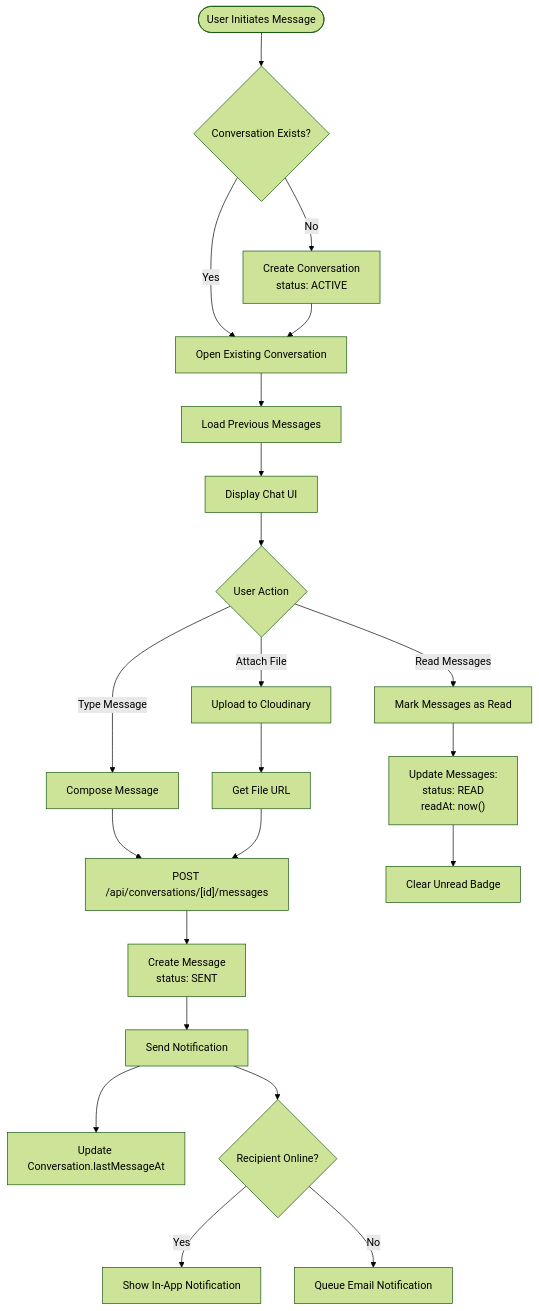
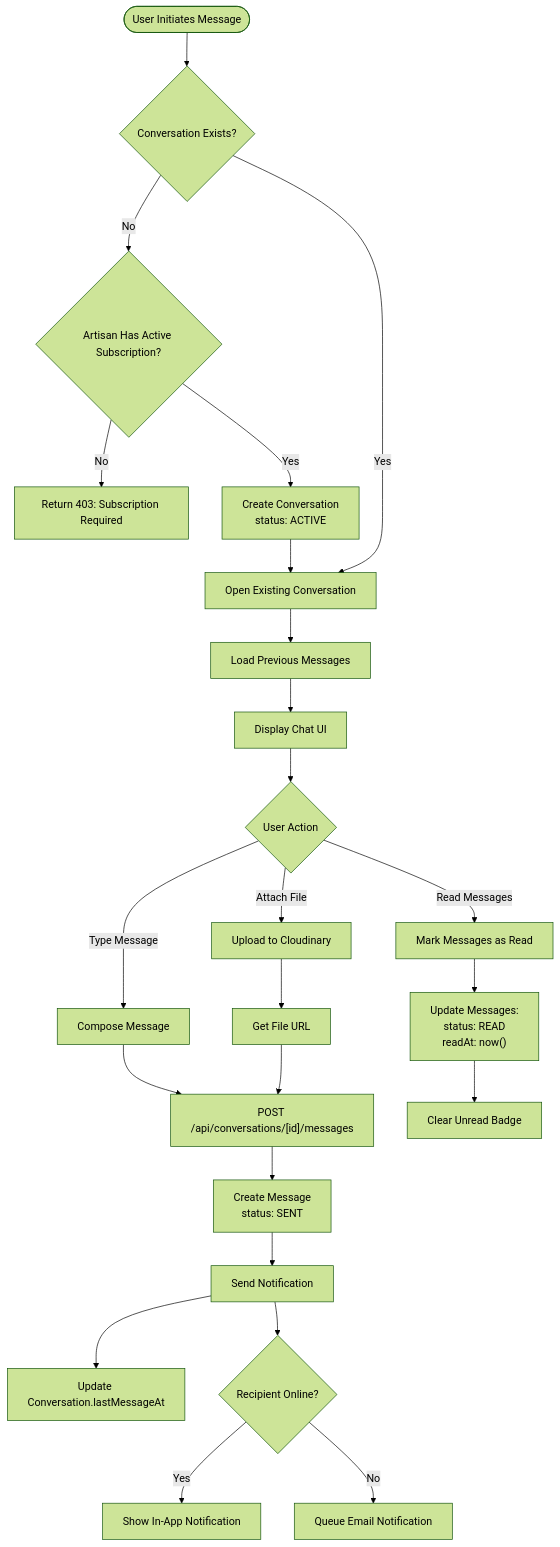
One commit to Mont3ll/ArtisanLink changed diagram 13 of 15 in docs/FLOWCHARTS.md. Above: the diagram before and after it, drawn with Mermaid (forest theme). The commit also changed other lines of this file and 23 other files, not shown here.

First line of the commit message:
fix: multi-flow audit — 11 fixes, subscription gating, messaging attachments, admin doc preview

````diff
--- a/docs/FLOWCHARTS.md
+++ b/docs/FLOWCHARTS.md
@@ -510,33 +512,35 @@
 ```mermaid
 flowchart TD
     Start([User Initiates Message]) --> CheckConversation{Conversation Exists?}
     
-    CheckConversation -->|No| CreateConversation["Create Conversation<br/>status: ACTIVE"]
+    CheckConversation -->|No| CheckSubscription{Artisan Has Active Subscription?}
+    CheckSubscription -->|No| SubError[Return 403: Subscription Required]
+    CheckSubscription -->|Yes| CreateConversation["Create Conversation<br/>status: ACTIVE"]
     CheckConversation -->|Yes| OpenConversation[Open Existing Conversation]
     
     CreateConversation --> OpenConversation
     
     OpenConversation --> LoadMessages[Load Previous Messages]
     LoadMessages --> ShowChat[Display Chat UI]
     
     ShowChat --> UserAction{User Action}
     
     UserAction -->|Type Message| ComposeMessage[Compose Message]
     UserAction -->|Attach File| UploadFile[Upload to Cloudinary]
     UserAction -->|Read Messages| MarkRead[Mark Messages as Read]
     
     ComposeMessage --> SendMessage["POST /api/conversations/[id]/messages"]
     UploadFile --> AttachURL[Get File URL]
     AttachURL --> SendMessage
     
     SendMessage --> CreateMessage["Create Message<br/>status: SENT"]
     CreateMessage --> NotifyRecipient[Send Notification]
     NotifyRecipient --> UpdateLastMessage[Update Conversation.lastMessageAt]
     
     MarkRead --> UpdateStatus["Update Messages:<br/>status: READ<br/>readAt: now()"]
     UpdateStatus --> ClearUnread[Clear Unread Badge]
     
     NotifyRecipient --> RecipientView{Recipient Online?}
     RecipientView -->|Yes| ShowNotification[Show In-App Notification]
     RecipientView -->|No| QueueEmail[Queue Email Notification]
 ```
````
